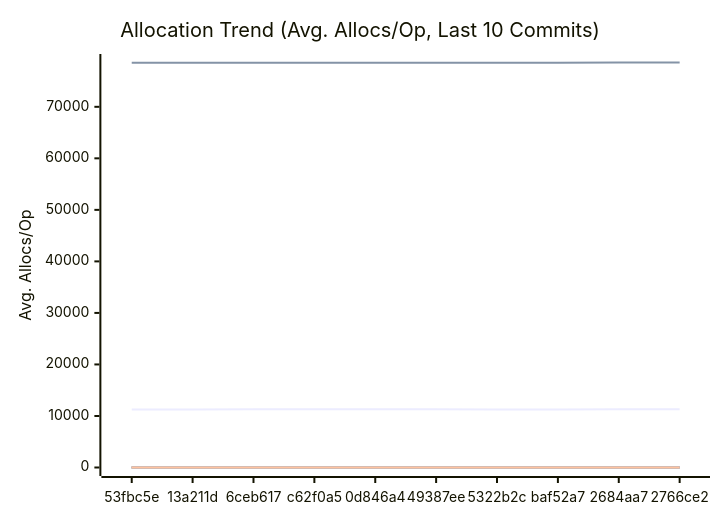
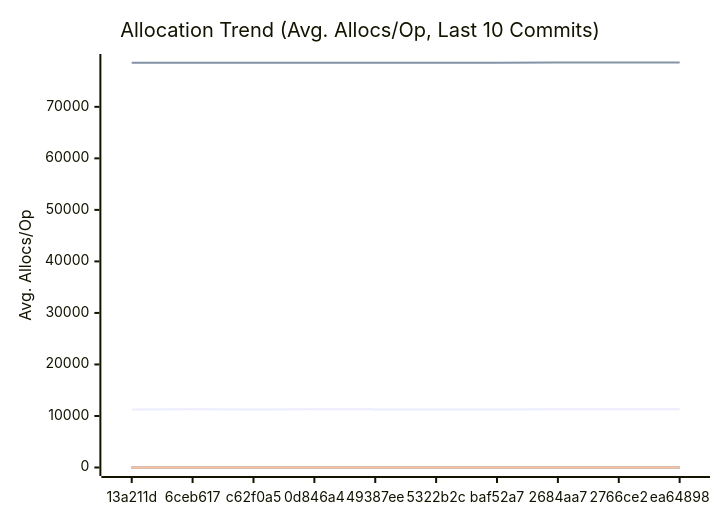
The third of 3 diagrams in docs/PERFORMANCE.md (alsotoes/momo), drawn with Mermaid before and after one commit. The commit also changed other lines of this file and 3 other files, not shown here.

````diff
--- a/docs/PERFORMANCE.md
+++ b/docs/PERFORMANCE.md
@@ -197,20 +197,20 @@
 ```mermaid
 xychart-beta
     title "Allocation Trend (Avg. Allocs/Op, Last 10 Commits)"
     x-axis "Commit"
     y-axis "Avg. Allocs/Op"
-    x-axis [53fbc5e,13a211d,6ceb617,c62f0a5,0d846a4,49387ee,5322b2c,baf52a7,2684aa7,2766ce2]
-    line "AWSChunkedReaderSigned" [11276,11278,11291,11281,11297,11281,11264,11269,11322,11314]
-    line "AWSChunkedReaderUnsigned" [78568,78570,78564,78574,78571,78567,78568,78569,78587,78599]
+    x-axis [13a211d,6ceb617,c62f0a5,0d846a4,49387ee,5322b2c,baf52a7,2684aa7,2766ce2,ea64898]
+    line "AWSChunkedReaderSigned" [11278,11291,11281,11297,11281,11264,11269,11322,11314,11309]
+    line "AWSChunkedReaderUnsigned" [78570,78564,78574,78571,78567,78568,78569,78587,78599,78604]
     line "CheckMetricsAndSwap" [0,0,0,0,0,0,0,0,0,0]
     line "CrushOptimized" [0,0,0,0,0,0,0,0,0,0]
     line "CrushOriginal" [3,3,3,3,3,3,3,3,3,3]
     line "IndexDirectTracking" [0,0,0,0,0,0,0,0,0,0]
     line "IndexSearch" [0,0,0,0,0,0,0,0,0,0]
     line "LoadGlobalConfig" [54,54,54,54,54,54,54,54,54,54]
     line "PadString" [1,1,1,1,1,1,1,1,1,1]
     line "ParseReplicationOrder_NoPrealloc" [6,6,6,6,6,5,5,5,5,5]
     line "ParseReplicationOrder_Prealloc" [2,2,2,2,2,1,1,1,1,1]
     line "SanitizeLog/Safe" [0,0,0,0,0,0,0,0,0,0]
     line "SanitizeLog/Unsafe" [1,1,1,1,1,1,1,1,1,1]
 ```
````
